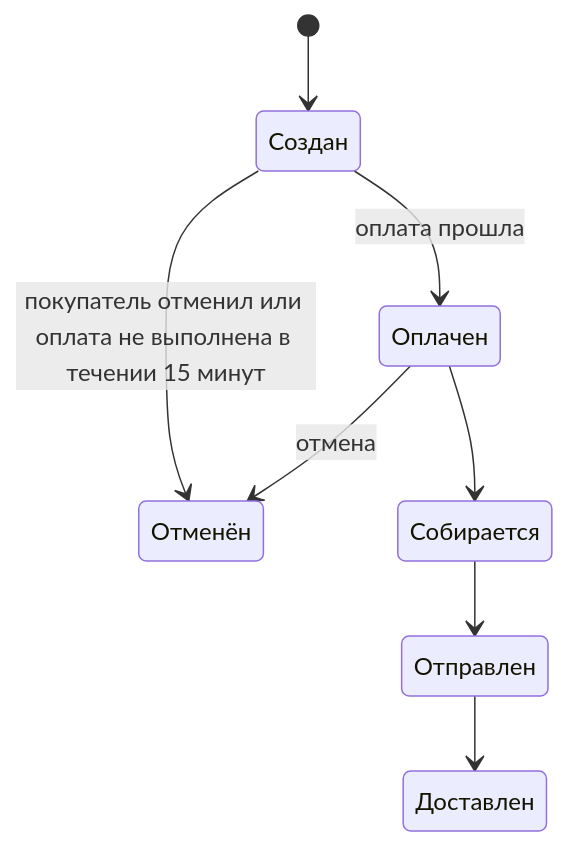
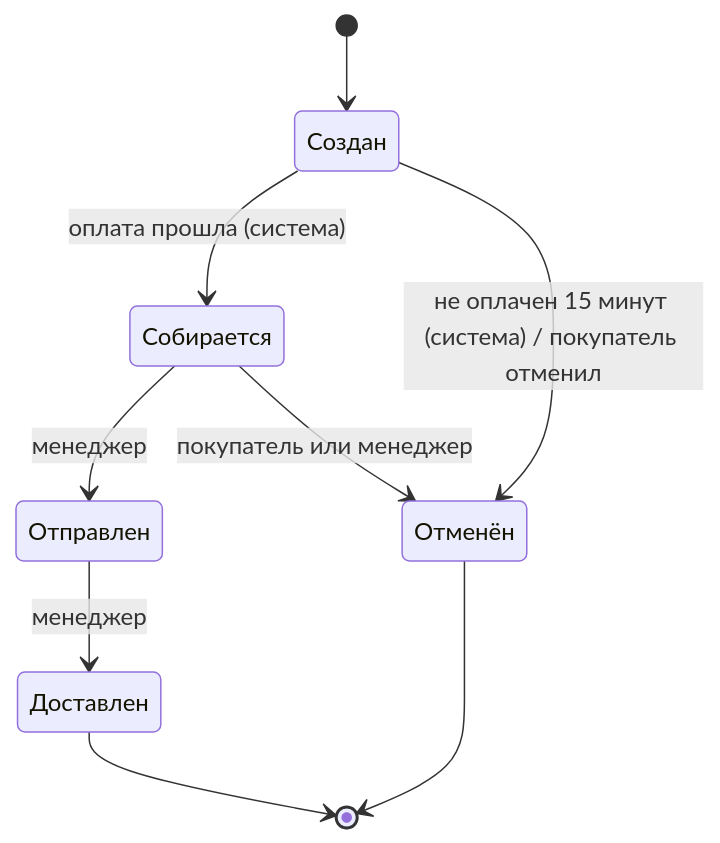
The diagram in docs/01-roles-and-permissions.md (neverteen/order-managment-api), drawn with Mermaid before and after one commit. The commit also changed other lines of this file, not shown here.

Commit message:
Docs: update roles and business rules

````diff
--- a/docs/01-roles-and-permissions.md
+++ b/docs/01-roles-and-permissions.md
@@ -4,10 +4,11 @@
 ```mermaid
-    stateDiagram-v2
+stateDiagram-v2
     [*] --> Создан
-    Создан --> Оплачен: оплата прошла
-    Создан --> Отменён: покупатель отменил или оплата не выполнена в течении 15 минут
-    Оплачен --> Собирается
-    Оплачен --> Отменён: отмена
-    Собирается --> Отправлен
-    Отправлен --> Доставлен
+    Создан --> Собирается: оплата прошла (система)
+    Создан --> Отменён: не оплачен 15 минут (система) / покупатель отменил
+    Собирается --> Отправлен: менеджер
+    Собирается --> Отменён: покупатель или менеджер
+    Отправлен --> Доставлен: менеджер
+    Доставлен --> [*]
+    Отменён --> [*]
 ```
````
